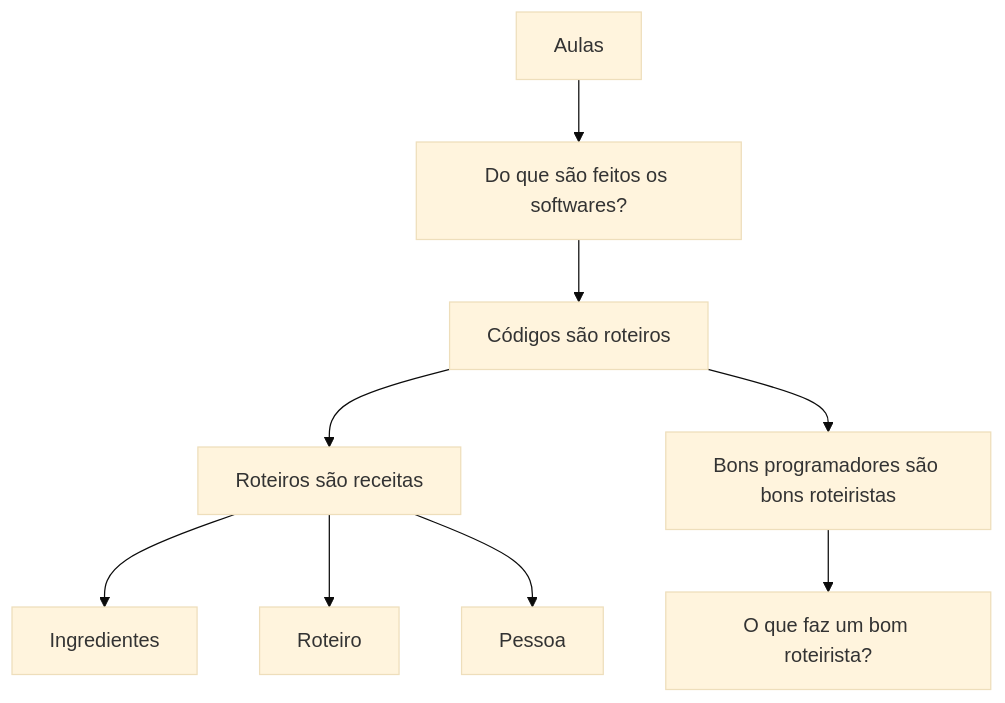
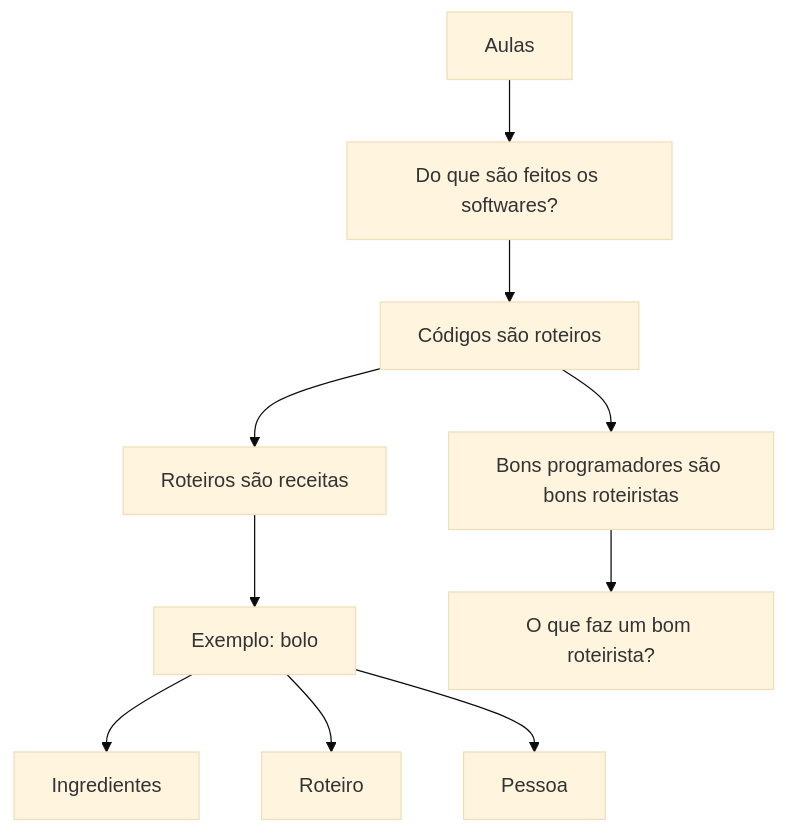
The diagram in aulas/README.md (laerciogermano/workstation), drawn with Mermaid (base theme) before and after one commit. The commit also changed other lines of this file, not shown here.

Commit message:
Coloca Exemplo: bolo sob receitas, com Ingredientes, Roteiro e Pessoa como filhos.

````diff
--- a/aulas/README.md
+++ b/aulas/README.md
@@ -3,20 +3,22 @@
 ```mermaid
 flowchart TD
   A[Aulas]
   B[Do que são feitos os softwares?]
   C[Códigos são roteiros]
   D[Roteiros são receitas]
+  DX[Exemplo: bolo]
   D1[Ingredientes]
   D2[Roteiro]
   D3[Pessoa]
   E[Bons programadores são bons roteiristas]
   F[O que faz um bom roteirista?]
   A --> B
   B --> C
   C --> D
-  D --> D1
-  D --> D2
-  D --> D3
+  D --> DX
+  DX --> D1
+  DX --> D2
+  DX --> D3
   C --> E
   E --> F
 ```
````
